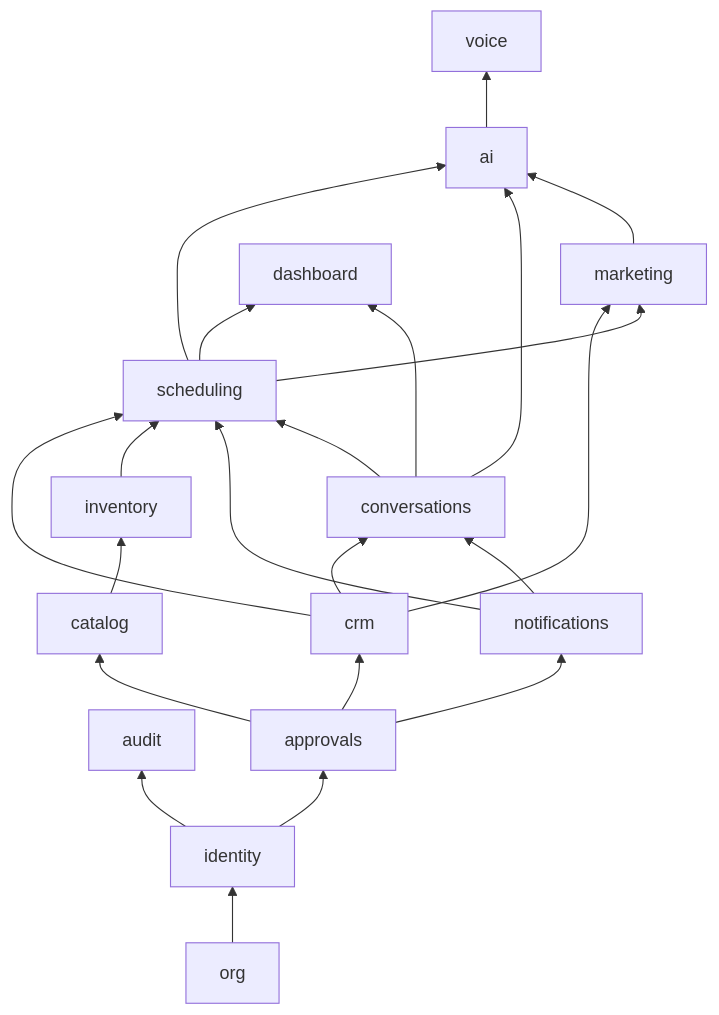
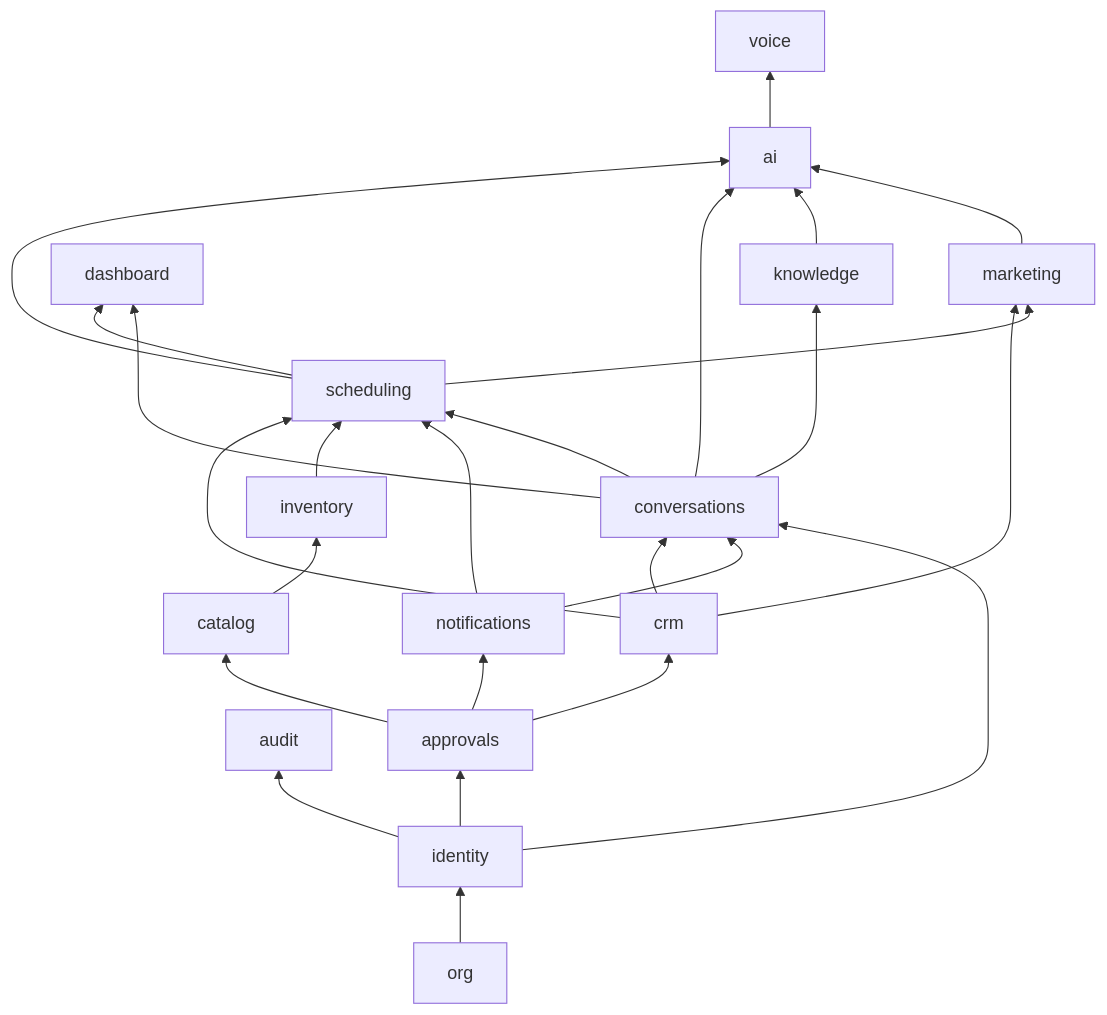
Before and after one commit to lipengyuan1994/tandem-business-ai: the second of 4 diagrams in docs/roadmap/02-architecture.md, drawn with Mermaid. The commit also changed other lines of this file and 193 other files, not shown here.

````diff
--- a/docs/roadmap/02-architecture.md
+++ b/docs/roadmap/02-architecture.md
@@ -79,24 +80,27 @@
 ```mermaid
 flowchart BT
   org --> identity
   identity --> audit
   identity --> approvals
   approvals --> notifications
   approvals --> crm
   approvals --> catalog
   catalog --> inventory
   crm --> scheduling
   inventory --> scheduling
   notifications --> scheduling
   conversations --> scheduling
   crm --> conversations
   notifications --> conversations
   crm --> marketing
   scheduling --> marketing
   scheduling --> dashboard
   conversations --> dashboard
   scheduling --> ai
   conversations --> ai
+  identity --> conversations
+  conversations --> knowledge
+  knowledge --> ai
   marketing --> ai
   ai --> voice
 ```
````
